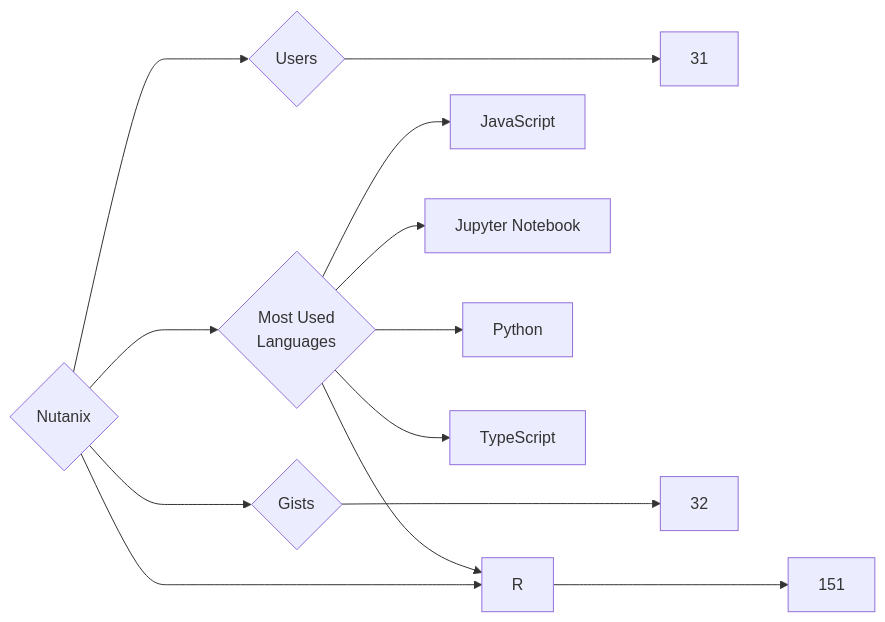
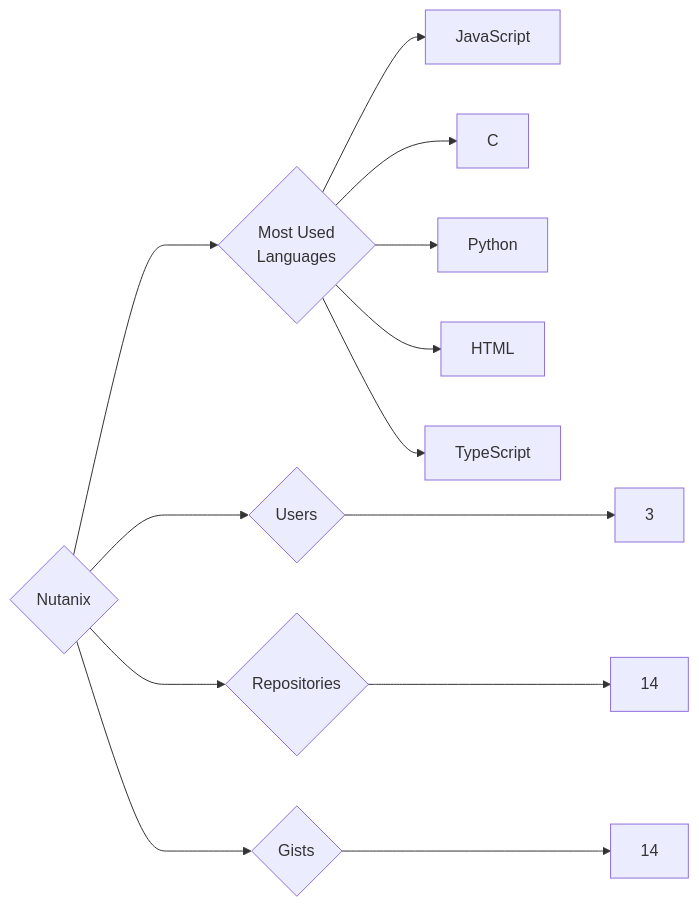
The diagram in targets/Nutanix/README.md (trickest/insiders), drawn with Mermaid before and after one commit. The commit also changed 833 other files, not shown here.

````diff
--- a/targets/Nutanix/README.md
+++ b/targets/Nutanix/README.md
@@ -3,13 +3,13 @@
 ```mermaid
 graph LR
 COMPANY_NAME{Nutanix}
-COMPANY_NAME ---> U{Users} ---> UN[31]
-COMPANY_NAME ---> R{Repositories} ---> RN[151]
-COMPANY_NAME ---> G{Gists} ---> GN[32]
+COMPANY_NAME ---> U{Users} ---> UN[3]
+COMPANY_NAME ---> R{Repositories} ---> RN[14]
+COMPANY_NAME ---> G{Gists} ---> GN[14]
 COMPANY_NAME ---> ML{Most Used<br>Languages}
 ML --> JavaScript[JavaScript]
-ML --> R[R]
-ML --> Jupyter_Notebook[Jupyter Notebook]
+ML --> C[C]
 ML --> Python[Python]
+ML --> HTML[HTML]
 ML --> TypeScript[TypeScript]
 ```
````
